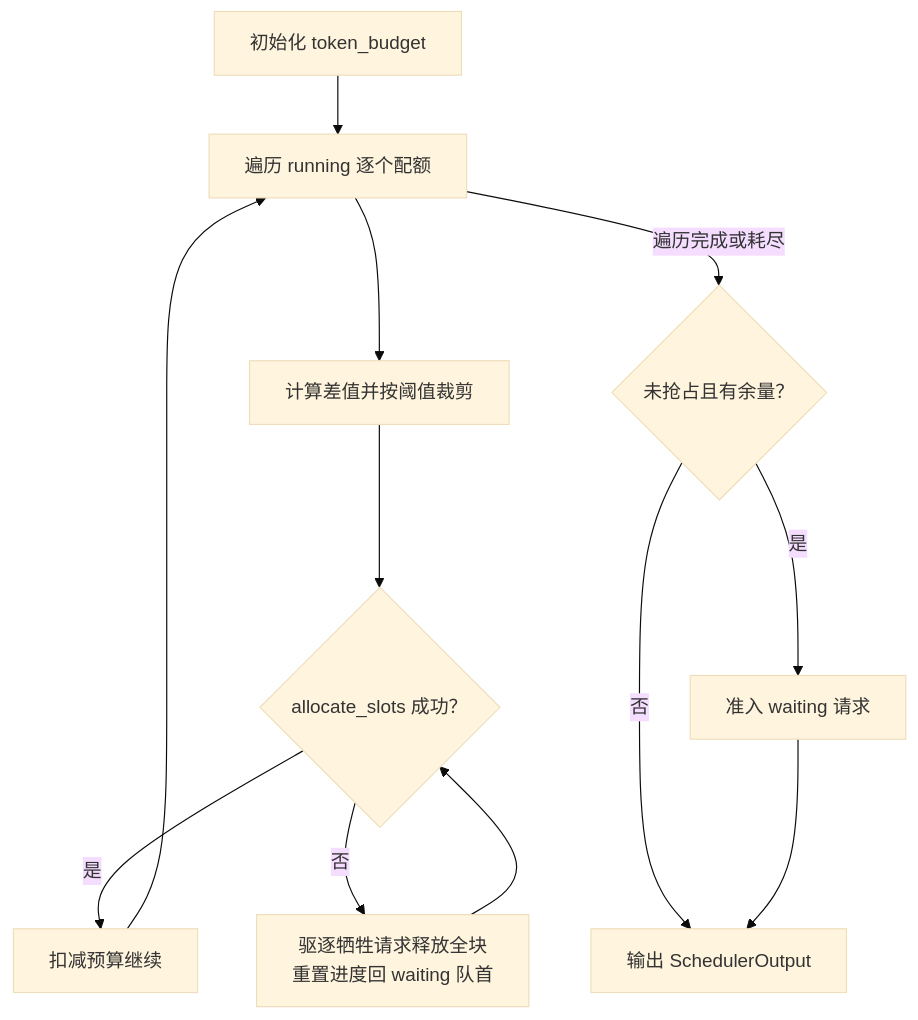
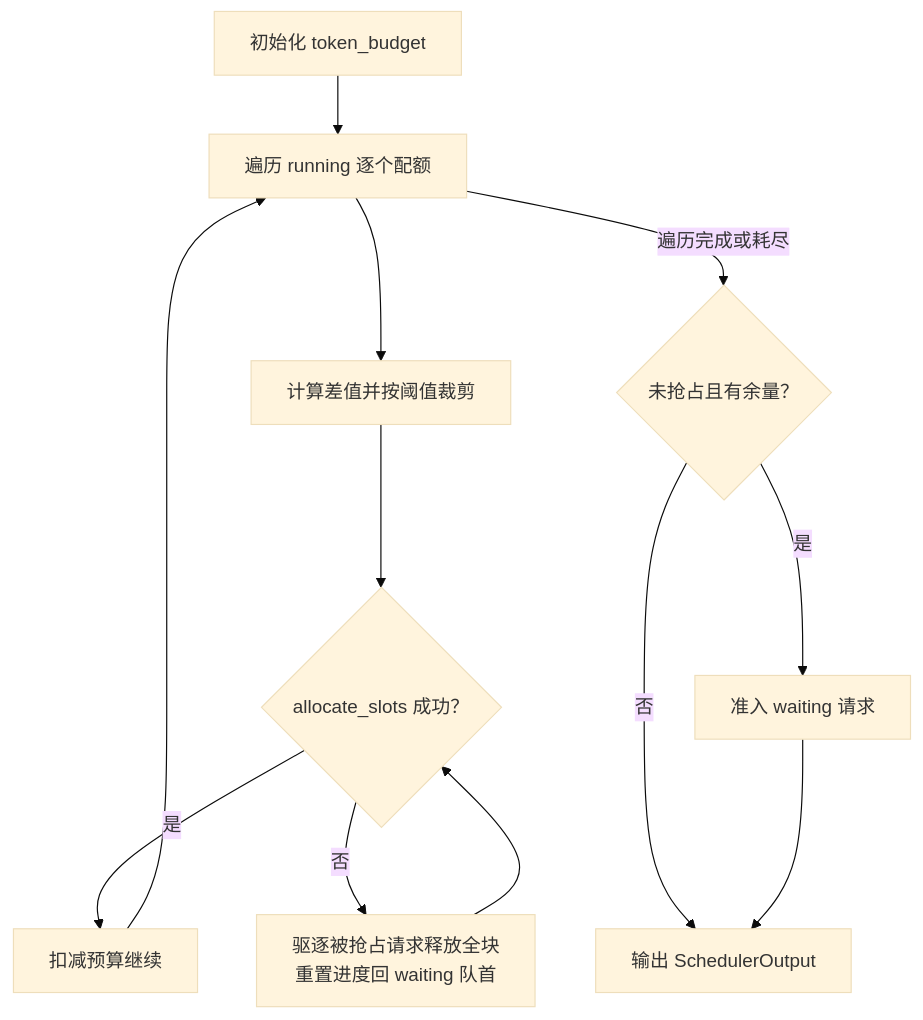
One commit to xingcanlee/infra-note changed the first of 3 diagrams in src/content/posts/vllm/04-continuous-batching-and-scheduler/index.mdx. Above: the diagram before and after it, drawn with Mermaid (base theme). The commit also changed other lines of this file and 263 other files, not shown here.

First line of the commit message:
feat(deepseek,explainers): swap 07-mhc/08-engram order, add flat-table diagram, and upgrade InteractiveExplainer kit

````diff
--- a/src/content/posts/vllm/04-continuous-batching-and-scheduler/index.mdx
+++ b/src/content/posts/vllm/04-continuous-batching-and-scheduler/index.mdx
@@ -50,14 +50,14 @@
 ```mermaid caption="图 3：Scheduler.schedule 单步配额分配、准入与抢占流程"
 flowchart TD
     S1["初始化 token_budget"] --> S2["遍历 running 逐个配额"]
     S2 --> S3["计算差值并按阈值裁剪"]
     S3 --> S4{"allocate_slots 成功？"}
     S4 -->|"是"| S5["扣减预算继续"]
     S5 --> S2
-    S4 -->|"否"| S6["驱逐牺牲请求释放全块<br/>重置进度回 waiting 队首"]
+    S4 -->|"否"| S6["驱逐被抢占请求释放全块<br/>重置进度回 waiting 队首"]
     S6 --> S4
     S2 -->|"遍历完成或耗尽"| S8{"未抢占且有余量？"}
     S8 -->|"是"| S9["准入 waiting 请求"]
     S8 -->|"否"| S10["输出 SchedulerOutput"]
     S9 --> S10
 ```
````
